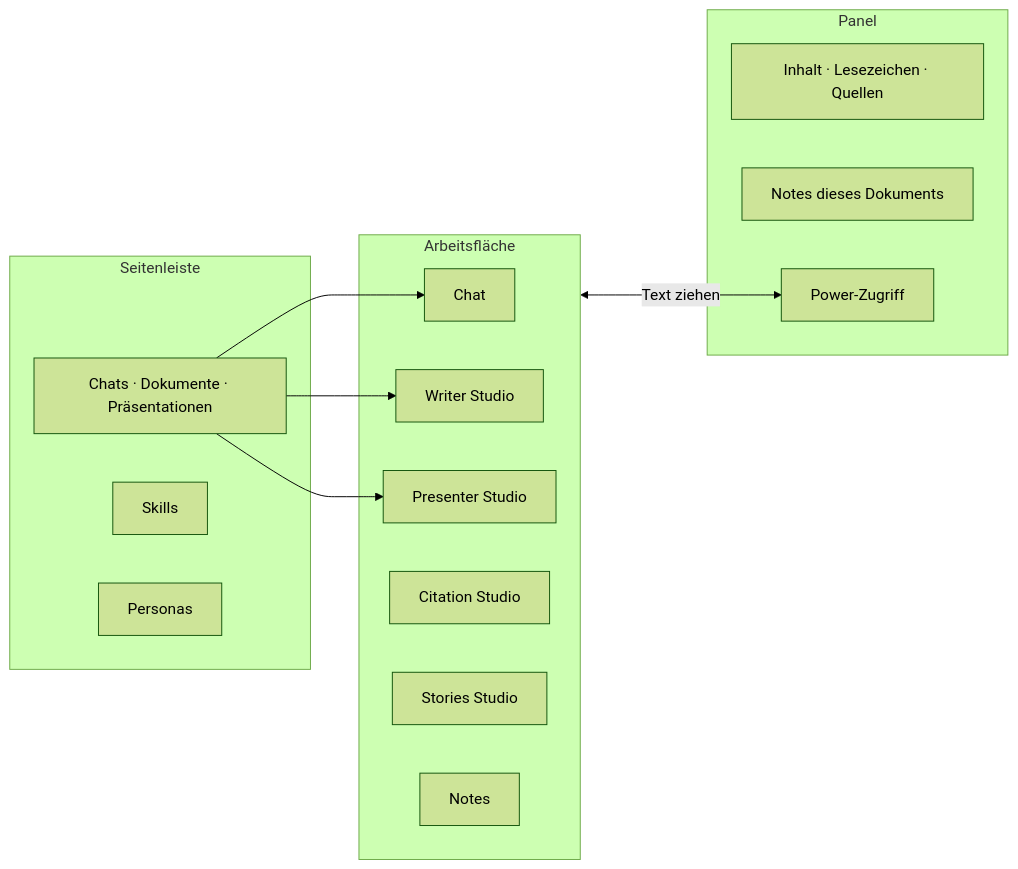
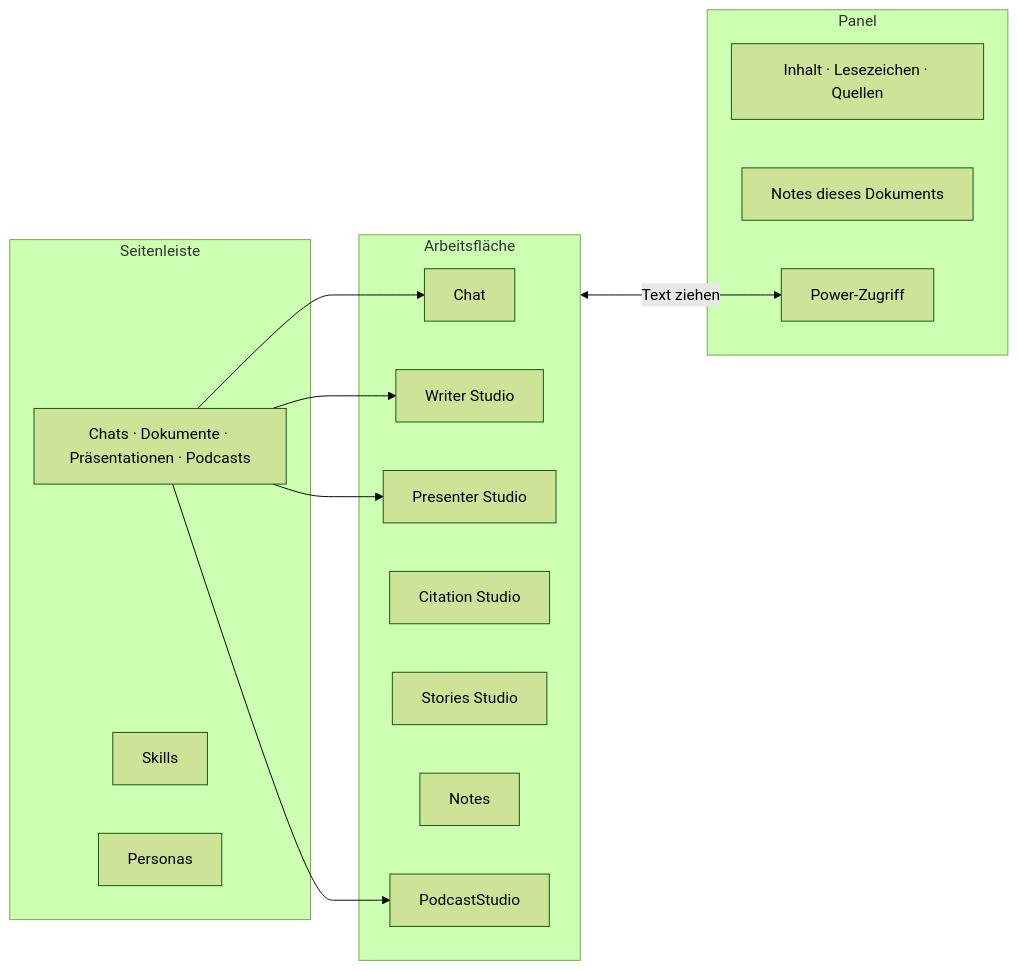
Before and after one commit to AlexEhrenberger/LLMDesigner: the first of 6 diagrams in docs/funktionen.md, drawn with Mermaid (forest theme). The commit also changed other lines of this file and 40 other files, not shown here.

First line of the commit message:
PodcastStudio: Podcasts recherchieren, schreiben und mit Qwen TTS vertonen

````diff
--- a/docs/funktionen.md
+++ b/docs/funktionen.md
@@ -12,23 +12,24 @@
 ```mermaid
 flowchart LR
     subgraph Links["Seitenleiste"]
-        C["Chats · Dokumente · Präsentationen"]
+        C["Chats · Dokumente · Präsentationen · Podcasts"]
         S["Skills"]
         P["Personas"]
     end
     subgraph Mitte["Arbeitsfläche"]
         CH["Chat"]
         W["Writer Studio"]
         PR["Presenter Studio"]
         CI["Citation Studio"]
         ST["Stories Studio"]
         NO["Notes"]
+        PO["PodcastStudio"]
     end
     subgraph Rechts["Panel"]
         O["Inhalt · Lesezeichen · Quellen"]
         DN["Notes dieses Dokuments"]
         PW["Power-Zugriff"]
     end
-    C --> CH & W & PR
+    C --> CH & W & PR & PO
     Mitte <-->|"Text ziehen"| PW
 ```
````
